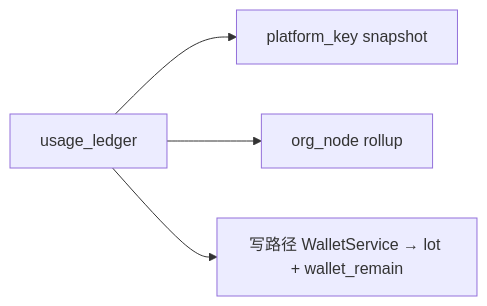
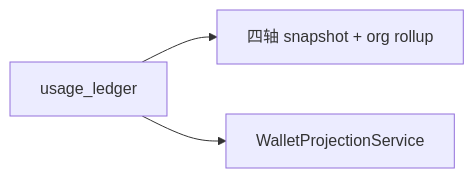
Before and after one commit to quyip8818/mytokenjoy: the seventh of 8 diagrams in docs/架构简化方案.md, drawn with Mermaid. The commit also changed other lines of this file and 40 other files, not shown here.

````diff
--- a/docs/架构简化方案.md
+++ b/docs/架构简化方案.md
@@ -316,6 +318,5 @@
 ```mermaid
 flowchart LR
-  L[usage_ledger] --> S1[platform_key snapshot]
-  L --> S2[org_node rollup]
-  L --> WS[写路径 WalletService → lot + wallet_remain]
+  L[usage_ledger] --> S[四轴 snapshot + org rollup]
+  L --> WS[WalletProjectionService]
 ```
````
